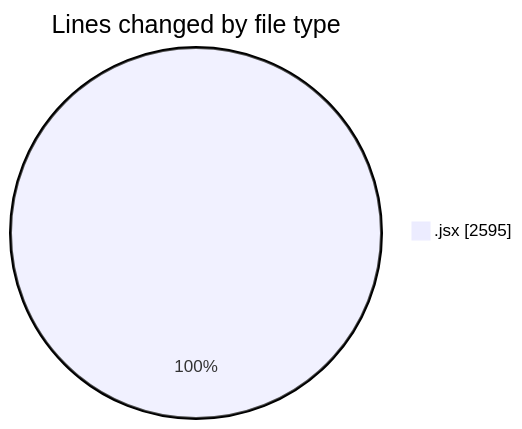
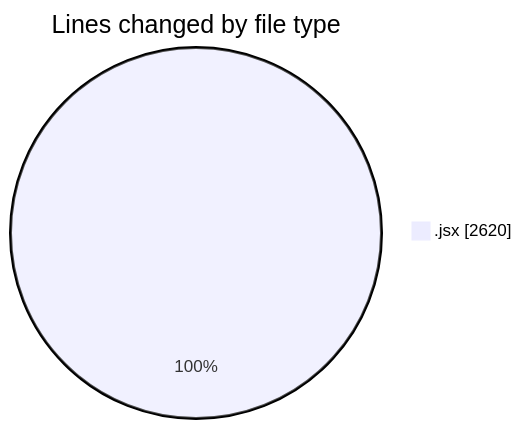
Before and after one commit to nxtqubesakshisongat/code-tracking: the first of 2 diagrams in 2025-05-27/nxtqube_webapp/README.md, drawn with Mermaid. The commit also changed other lines of this file and 1 other file, not shown here.

````diff
--- a/2025-05-27/nxtqube_webapp/README.md
+++ b/2025-05-27/nxtqube_webapp/README.md
@@ -22,5 +22,5 @@
 ```mermaid
 pie showData
 title Lines changed by file type
-".jsx" : 2595
+".jsx" : 2620
 ```
````
